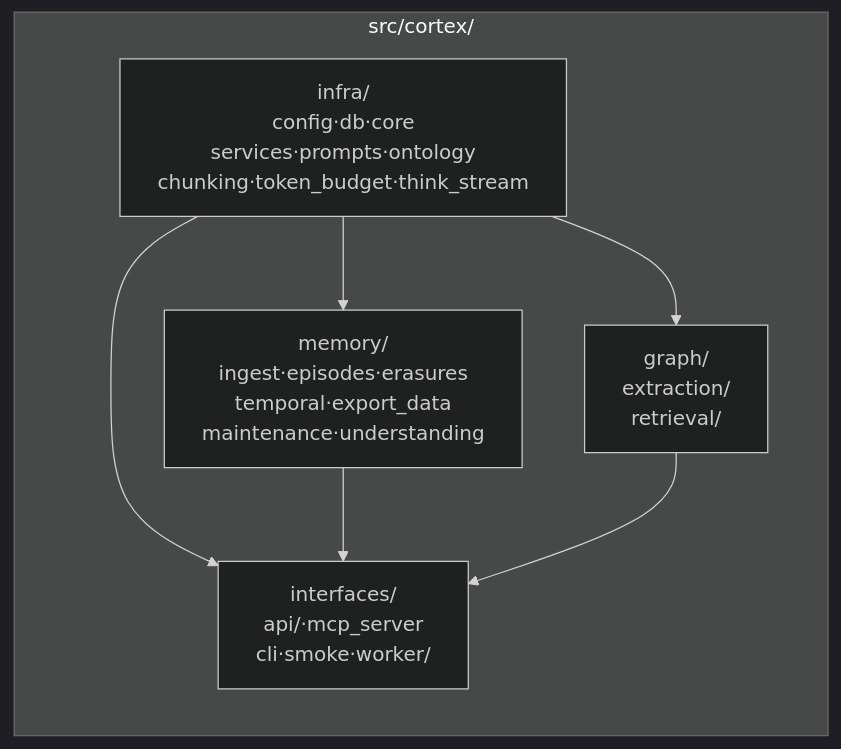
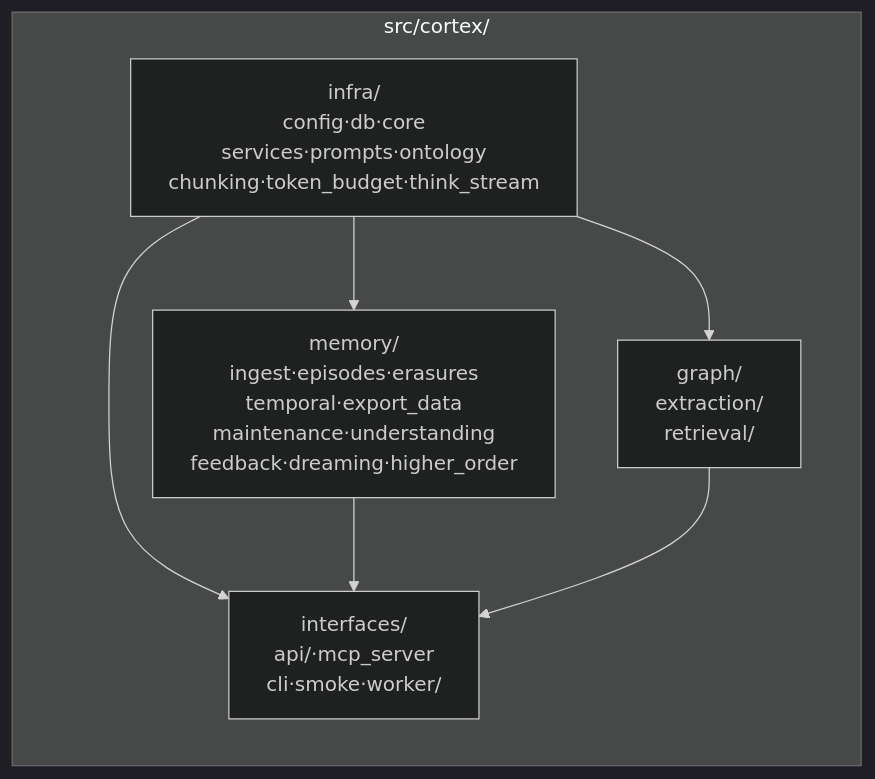
The fifth of 10 diagrams in source/chapters/19-architecture-diagrams.md (pty819/cortex-py-book), drawn with Mermaid (dark theme) before and after one commit. The commit also changed other lines of this file and 24 other files, not shown here.

````diff
--- a/source/chapters/19-architecture-diagrams.md
+++ b/source/chapters/19-architecture-diagrams.md
@@ -220,15 +232,15 @@
 ```{mermaid}
 graph LR
     subgraph src ["src/cortex/"]
         INFRA["infra/<br/>config·db·core<br/>services·prompts·ontology<br/>chunking·token_budget·think_stream"]
-        MEM["memory/<br/>ingest·episodes·erasures<br/>temporal·export_data<br/>maintenance·understanding"]
+        MEM["memory/<br/>ingest·episodes·erasures<br/>temporal·export_data<br/>maintenance·understanding<br/>feedback·dreaming·higher_order"]
         GRAPH["graph/<br/>extraction/<br/>retrieval/"]
         IF["interfaces/<br/>api/·mcp_server<br/>cli·smoke·worker/"]
     end
 
     INFRA --> MEM
     INFRA --> GRAPH
     INFRA --> IF
     MEM --> IF
     GRAPH --> IF
 ```
````
